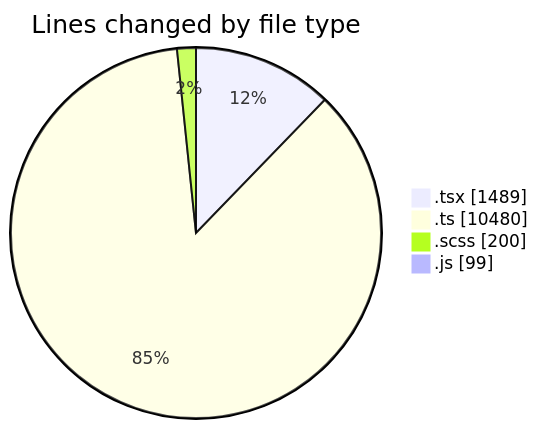
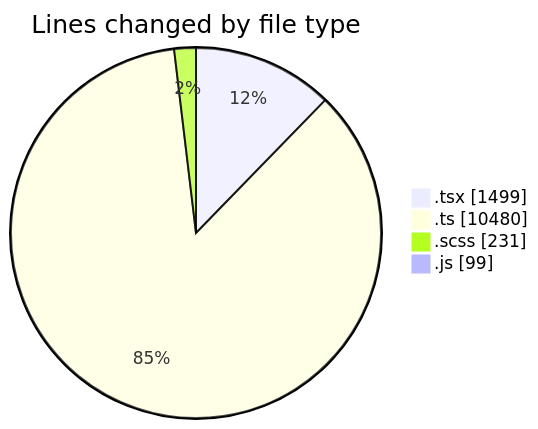
Before and after one commit to momahboobian/code-tracking: the first of 2 diagrams in 2025-03-26/cda/README.md, drawn with Mermaid. The commit also changed other lines of this file and 1 other file, not shown here.

````diff
--- a/2025-03-26/cda/README.md
+++ b/2025-03-26/cda/README.md
@@ -43,8 +44,8 @@
 ```mermaid
 pie showData
 title Lines changed by file type
-".tsx" : 1489
+".tsx" : 1499
 ".ts" : 10480
-".scss" : 200
+".scss" : 231
 ".js" : 99
 ```
````
